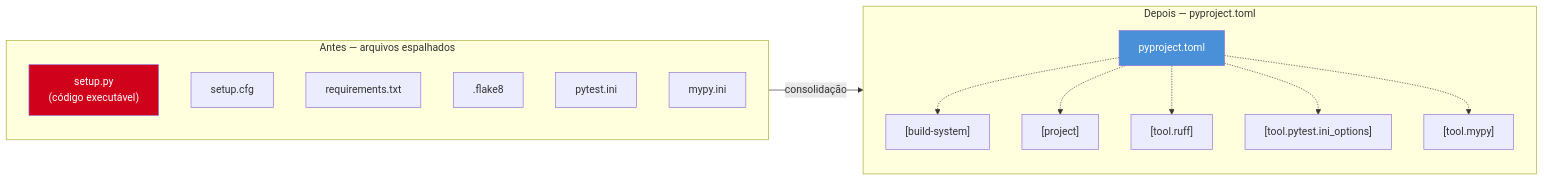
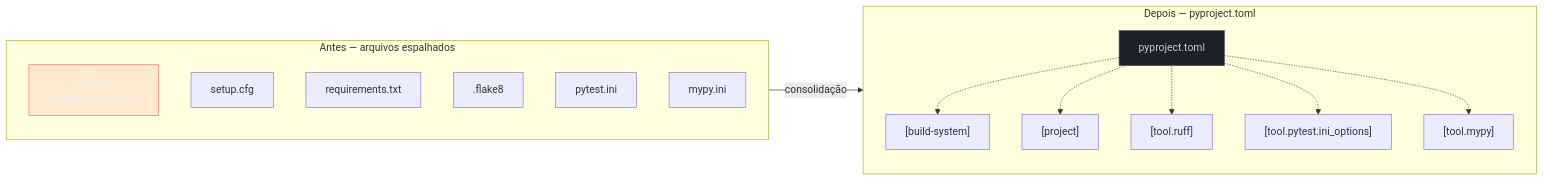
One commit to josenaldo/codex-technomanticus changed the first of 2 diagrams in 03-Dominios/Tecnologia/Python/Build e tooling/03 - pyproject.toml — o padrão unificado.md. Above: the diagram before and after it, drawn with Mermaid. The commit also changed other lines of this file and 1181 other files, not shown here.

First line of the commit message:
fix(diagramas): paleta do sistema no lugar de cor cravada no markdown

````diff
--- a/03-Dominios/Tecnologia/Python/Build e tooling/03 - pyproject.toml — o padrão unificado.md
+++ b/03-Dominios/Tecnologia/Python/Build e tooling/03 - pyproject.toml — o padrão unificado.md
@@ -46,25 +46,27 @@
 ```mermaid
 flowchart LR
+    classDef falha fill:#FF6B6B24,stroke:#FF6B6B,color:#E9ECF2
+    classDef neutro fill:#1B2029,stroke:#4E5666,color:#C6CCD8
     subgraph Antes["Antes — arquivos espalhados"]
         SP["setup.py<br/>(código executável)"]
         SC["setup.cfg"]
         RQ["requirements.txt"]
         FL[".flake8"]
         PI["pytest.ini"]
         MI["mypy.ini"]
     end
 
     subgraph Depois["Depois — pyproject.toml"]
         PT["pyproject.toml"]
         PT -.-> BS["[build-system]"]
         PT -.-> PJ["[project]"]
         PT -.-> TR["[tool.ruff]"]
         PT -.-> TP["[tool.pytest.ini_options]"]
         PT -.-> TM["[tool.mypy]"]
     end
 
     Antes -->|"consolidação"| Depois
 
-    style SP fill:#D0021B,color:#fff
-    style PT fill:#4A90D9,color:#fff
+    class SP falha
+    class PT neutro
 ```
````
